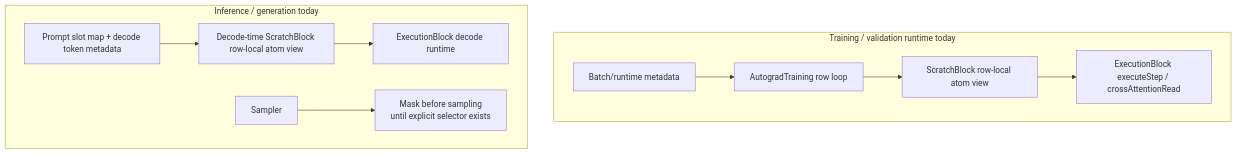
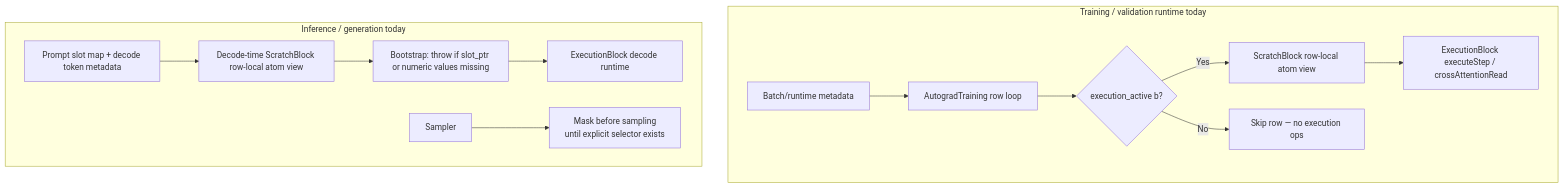
One commit to Reaper3825/G.R.I.M changed the third of 8 diagrams in docs/EXECUTION_BLOCK_STRUCTURED_EXECUTION_CUTOVER_FLOW.md. Above: the diagram before and after it, drawn with Mermaid. The commit also changed other lines of this file and 8 other files, not shown here.

Commit message:
feat(execution): Complete Workstream 7 by implementing per-row execution gating and removing silent skips

````diff
--- a/docs/EXECUTION_BLOCK_STRUCTURED_EXECUTION_CUTOVER_FLOW.md
+++ b/docs/EXECUTION_BLOCK_STRUCTURED_EXECUTION_CUTOVER_FLOW.md
@@ -64,20 +64,25 @@
 ```mermaid
 flowchart TD
     subgraph Training[Training / validation runtime today]
         Batch[Batch/runtime metadata]
         Train[AutogradTraining row loop]
+        Gate{execution_active b?}
         Scratch[ScratchBlock row-local atom view]
         Exec[ExecutionBlock executeStep / crossAttentionRead]
-        Batch --> Train --> Scratch --> Exec
+        Skip[Skip row — no execution ops]
+        Batch --> Train --> Gate
+        Gate -- Yes --> Scratch --> Exec
+        Gate -- No --> Skip
     end
 
     subgraph Inference[Inference / generation today]
         Prompt[Prompt slot map + decode token metadata]
         DecodeScratch[Decode-time ScratchBlock row-local atom view]
         DecodeExec[ExecutionBlock decode runtime]
+        BootstrapThrow[Bootstrap: throw if slot_ptr or numeric values missing]
         Sampler[Sampler]
         MaskNUM[Mask <NUM> before sampling<br/>until explicit selector exists]
-        Prompt --> DecodeScratch --> DecodeExec
+        Prompt --> DecodeScratch --> BootstrapThrow --> DecodeExec
         Sampler --> MaskNUM
     end
 ```
````
